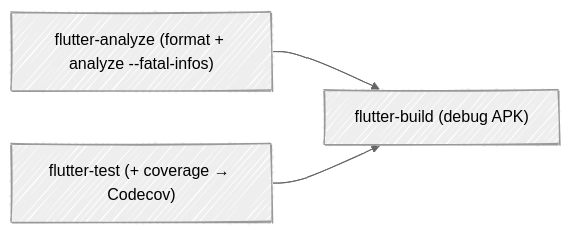
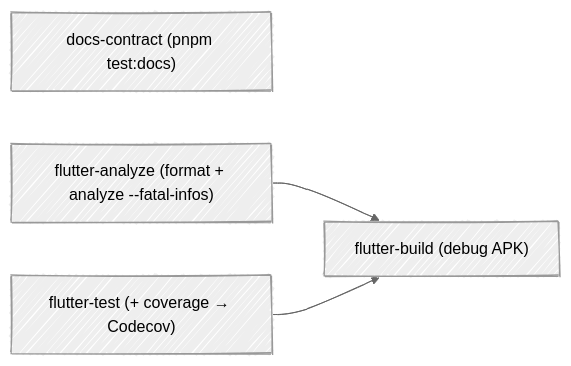
One commit to fbuireu/contribKit changed the second of 3 diagrams in docs/wiki/CI-CD.md. Above: the diagram before and after it, drawn with Mermaid. The commit also changed other lines of this file and 41 other files, not shown here.

````diff
--- a/docs/wiki/CI-CD.md
+++ b/docs/wiki/CI-CD.md
@@ -51,10 +53,11 @@
 ```mermaid
 ---
 config:
   look: handDrawn
   theme: neutral
 ---
 flowchart LR
+  docs["docs-contract (pnpm test:docs)"]
   analyze["flutter-analyze (format + analyze --fatal-infos)"] --> build["flutter-build (debug APK)"]
   test["flutter-test (+ coverage → Codecov)"] --> build
 ```
````
